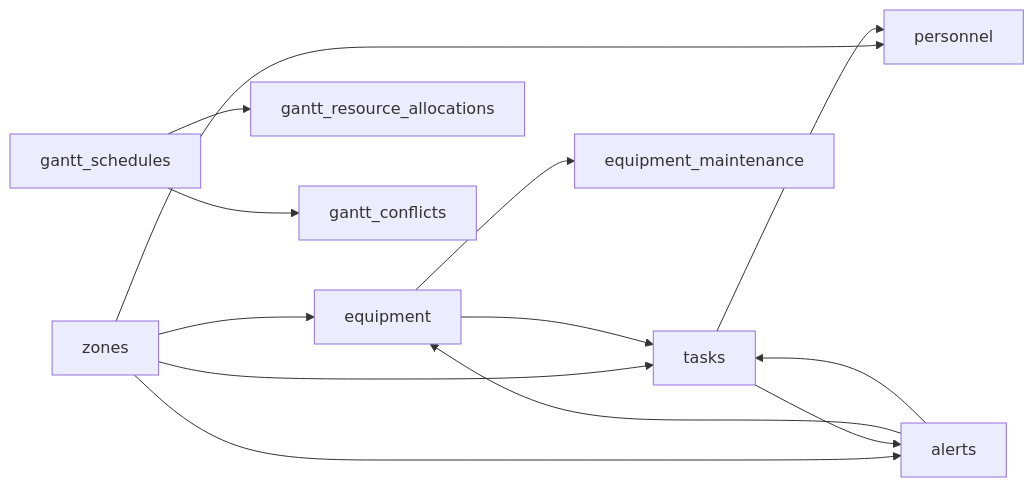
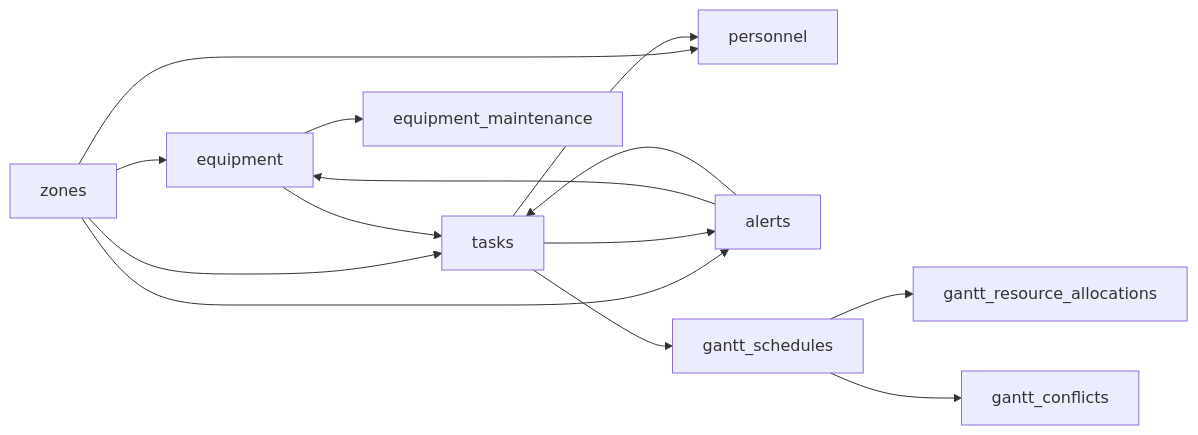
Before and after one commit to JiaStan/shizhi_system_df: the sixth of 6 diagrams in .qoder/repowiki/zh/content/数据库设计/数据库设计.md, drawn with Mermaid. The commit also changed other lines of this file and 53 other files, not shown here.

````diff
--- a/.qoder/repowiki/zh/content/数据库设计/数据库设计.md
+++ b/.qoder/repowiki/zh/content/数据库设计/数据库设计.md
@@ -499,15 +551,16 @@
 ```mermaid
 graph LR
 Z["zones"] --> E["equipment"]
 Z --> P["personnel"]
 Z --> T["tasks"]
 Z --> A["alerts"]
 E --> T
 E --> AM["equipment_maintenance"]
 T --> P
 T --> A
 A --> E
 A --> T
 GS["gantt_schedules"] --> GRA["gantt_resource_allocations"]
 GS --> GC["gantt_conflicts"]
+T --> GS
 ```
````
